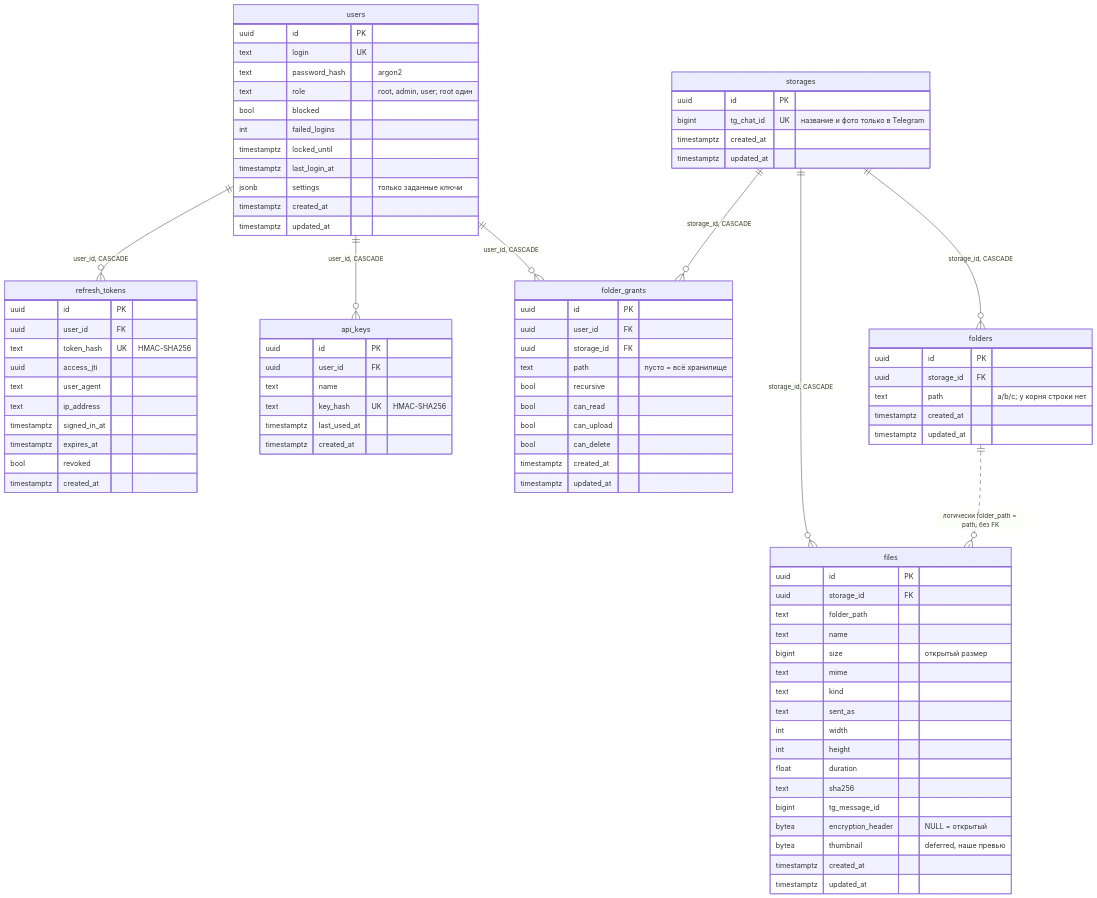
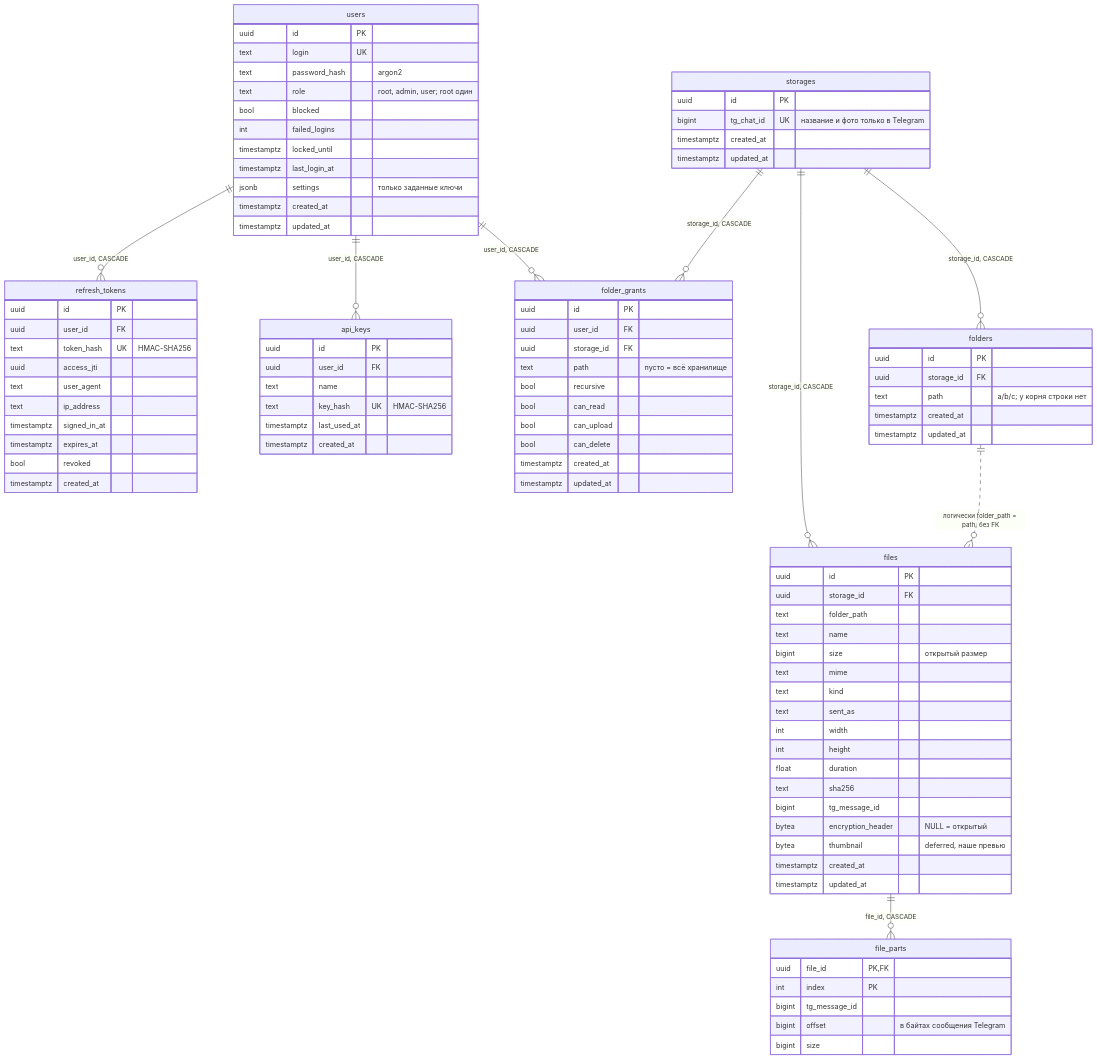
Before and after one commit to NikitkaZXC/tcloud-backend: the diagram in docs/database.md, drawn with Mermaid. The commit also changed other lines of this file and 10 other files, not shown here.

Commit message:
docs: big files in parts, file_parts table, too_big_sent_as_file warning and uploads.max_file_size

````diff
--- a/docs/database.md
+++ b/docs/database.md
@@ -13,6 +13,7 @@
     storages ||--o{ folder_grants : "storage_id, CASCADE"
     storages ||--o{ folders : "storage_id, CASCADE"
     storages ||--o{ files : "storage_id, CASCADE"
+    files ||--o{ file_parts : "file_id, CASCADE"
     folders ||..o{ files : "логически folder_path = path, без FK"
 
     users {
@@ -92,4 +93,11 @@
         timestamptz created_at
         timestamptz updated_at
     }
+    file_parts {
+        uuid file_id PK,FK
+        int index PK
+        bigint tg_message_id
+        bigint offset "в байтах сообщения Telegram"
+        bigint size
+    }
 ```
````
